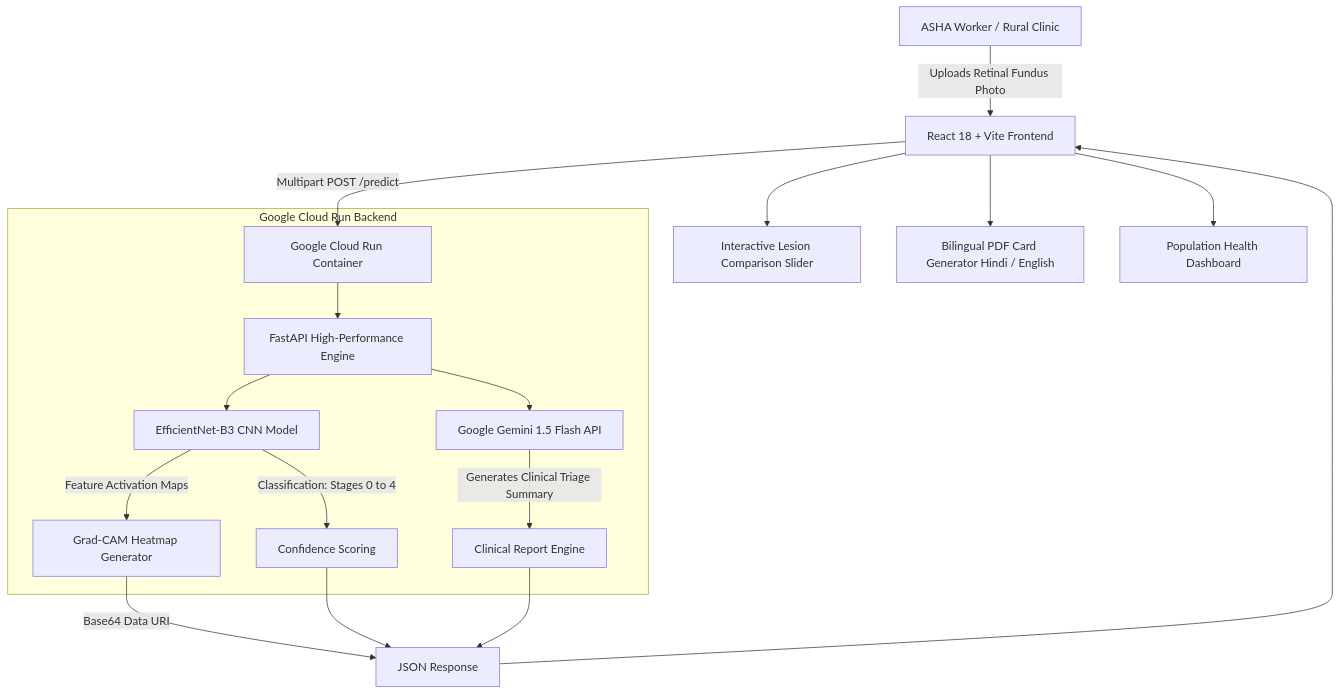
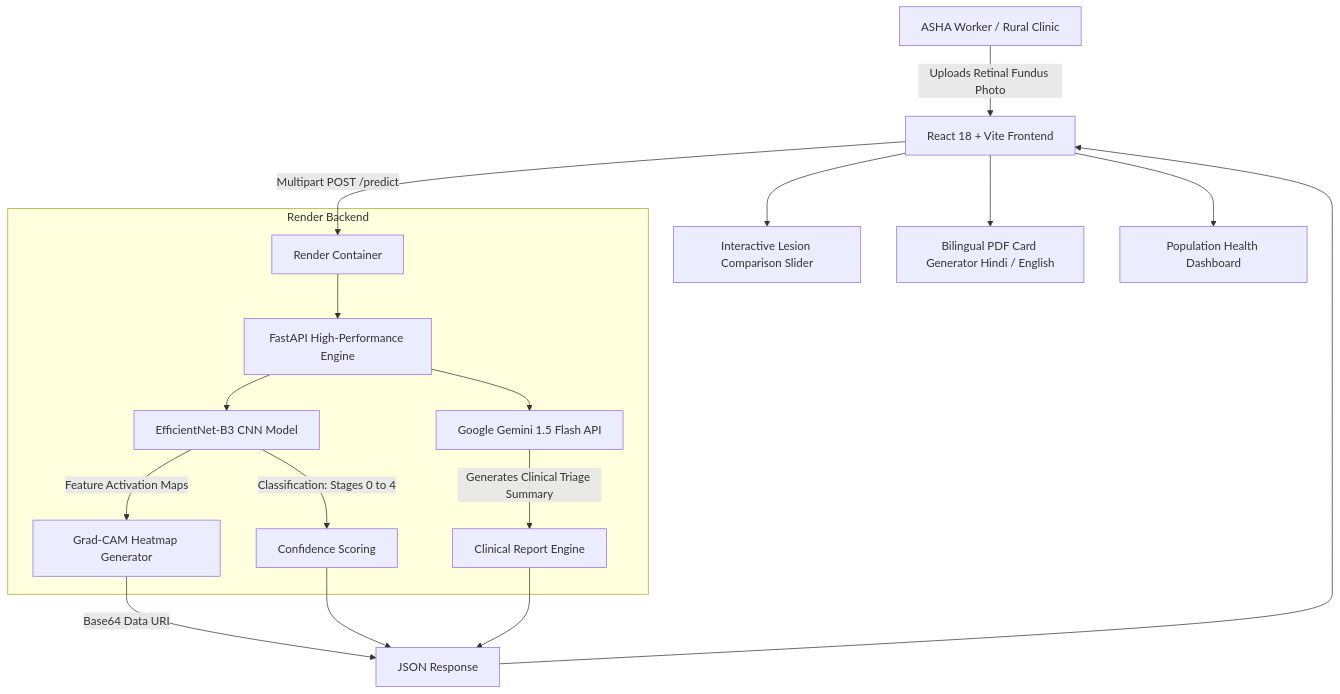
The diagram in README.md (Hello-Mahin/drishti-ai), drawn with Mermaid before and after one commit. The commit also changed other lines of this file and 3 other files, not shown here.

Commit message:
docs: update deployment architecture to reflect Vercel, Render, and Local Storage

````diff
--- a/README.md
+++ b/README.md
@@ -55,23 +55,23 @@
 ```mermaid
 flowchart TD
     A[ASHA Worker / Rural Clinic] -->|Uploads Retinal Fundus Photo| B[React 18 + Vite Frontend]
-    B -->|Multipart POST /predict| C[Google Cloud Run Container]
+    B -->|Multipart POST /predict| C[Render Container]
     
-    subgraph Google Cloud Run Backend
+    subgraph Render Backend
         C --> D[FastAPI High-Performance Engine]
         D --> E[EfficientNet-B3 CNN Model]
         E -->|Classification: Stages 0 to 4| F[Confidence Scoring]
         E -->|Feature Activation Maps| G[Grad-CAM Heatmap Generator]
         D --> H[Google Gemini 1.5 Flash API]
         H -->|Generates Clinical Triage Summary| I[Clinical Report Engine]
     end
     
     G -->|Base64 Data URI| J[JSON Response]
     F --> J
     I --> J
     
     J --> B
     B --> K[Interactive Lesion Comparison Slider]
     B --> L[Bilingual PDF Card Generator Hindi / English]
     B --> M[Population Health Dashboard]
 ```
````
